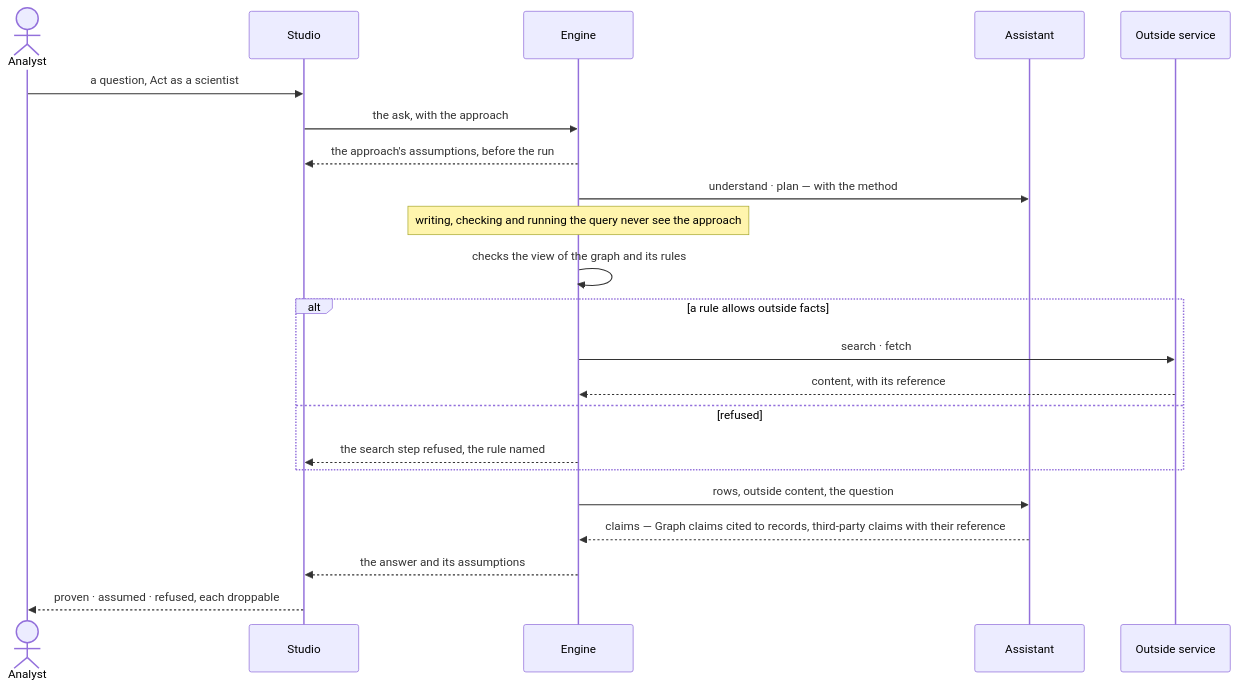
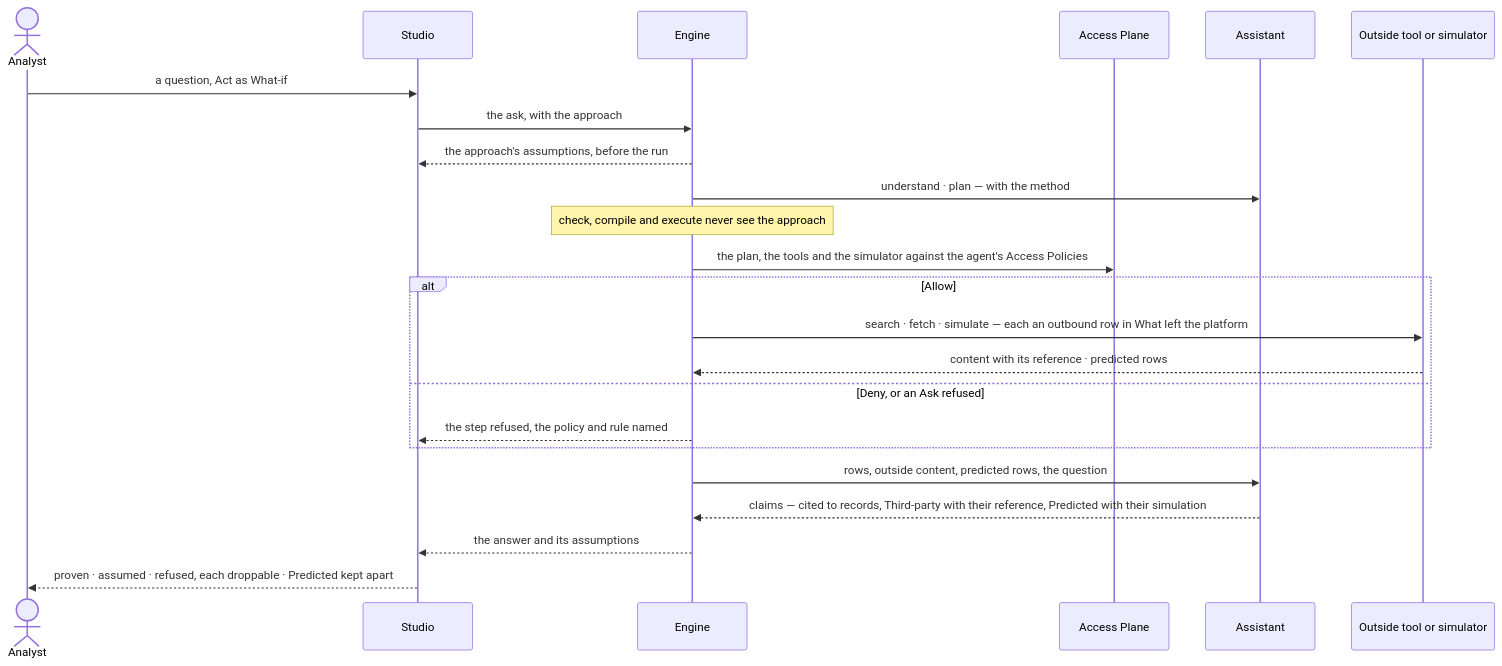
Before and after one commit to invana/invana: the second of 2 diagrams in specs/capabilities/explore/features/EX-F05-when-it-cannot-answer-and-how-it-reasons/feature.md, drawn with Mermaid. The commit also changed other lines of this file and 522 other files, not shown here.

````diff
--- a/specs/capabilities/explore/features/EX-F05-when-it-cannot-answer-and-how-it-reasons/feature.md
+++ b/specs/capabilities/explore/features/EX-F05-when-it-cannot-answer-and-how-it-reasons/feature.md
@@ -55,24 +72,25 @@
 ```mermaid
 sequenceDiagram
   actor P as Analyst
   participant S as Studio
   participant E as Engine
+  participant X as Access Plane
   participant A as Assistant
-  participant W as Outside service
-  P->>S: a question, Act as a scientist
+  participant W as Outside tool or simulator
+  P->>S: a question, Act as What-if
   S->>E: the ask, with the approach
   E-->>S: the approach's assumptions, before the run
   E->>A: understand · plan — with the method
-  Note over E: writing, checking and running the query never see the approach
-  E->>E: checks the view of the graph and its rules
-  alt a rule allows outside facts
-    E->>W: search · fetch
-    W-->>E: content, with its reference
-  else refused
-    E-->>S: the search step refused, the rule named
+  Note over E: check, compile and execute never see the approach
+  E->>X: the plan, the tools and the simulator against the agent's Access Policies
+  alt Allow
+    E->>W: search · fetch · simulate — each an outbound row in What left the platform
+    W-->>E: content with its reference · predicted rows
+  else Deny, or an Ask refused
+    E-->>S: the step refused, the policy and rule named
   end
-  E->>A: rows, outside content, the question
-  A-->>E: claims — Graph claims cited to records, third-party claims with their reference
+  E->>A: rows, outside content, predicted rows, the question
+  A-->>E: claims — cited to records, Third-party with their reference, Predicted with their simulation
   E-->>S: the answer and its assumptions
-  S-->>P: proven · assumed · refused, each droppable
+  S-->>P: proven · assumed · refused, each droppable · Predicted kept apart
 ```
````
